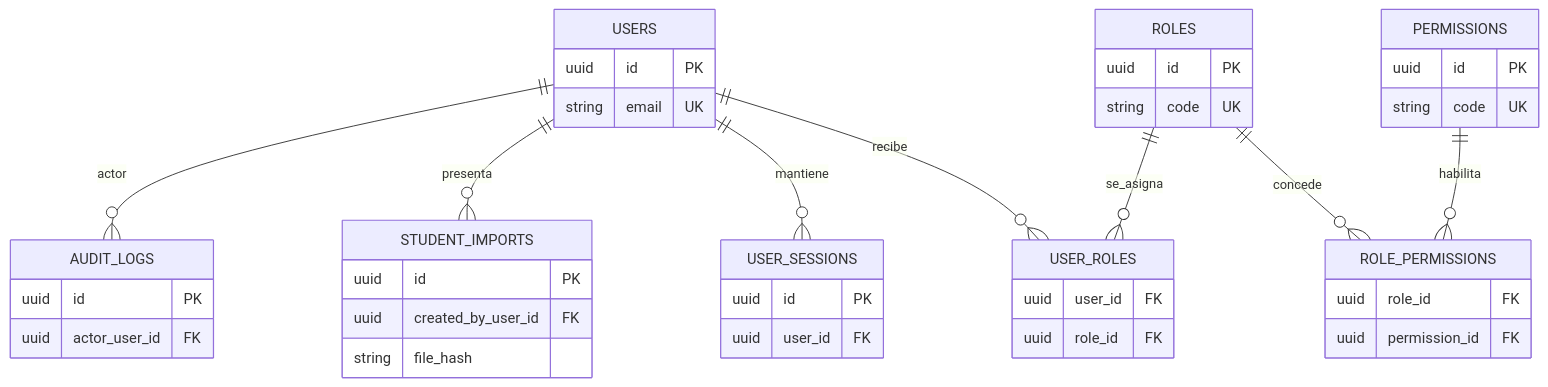
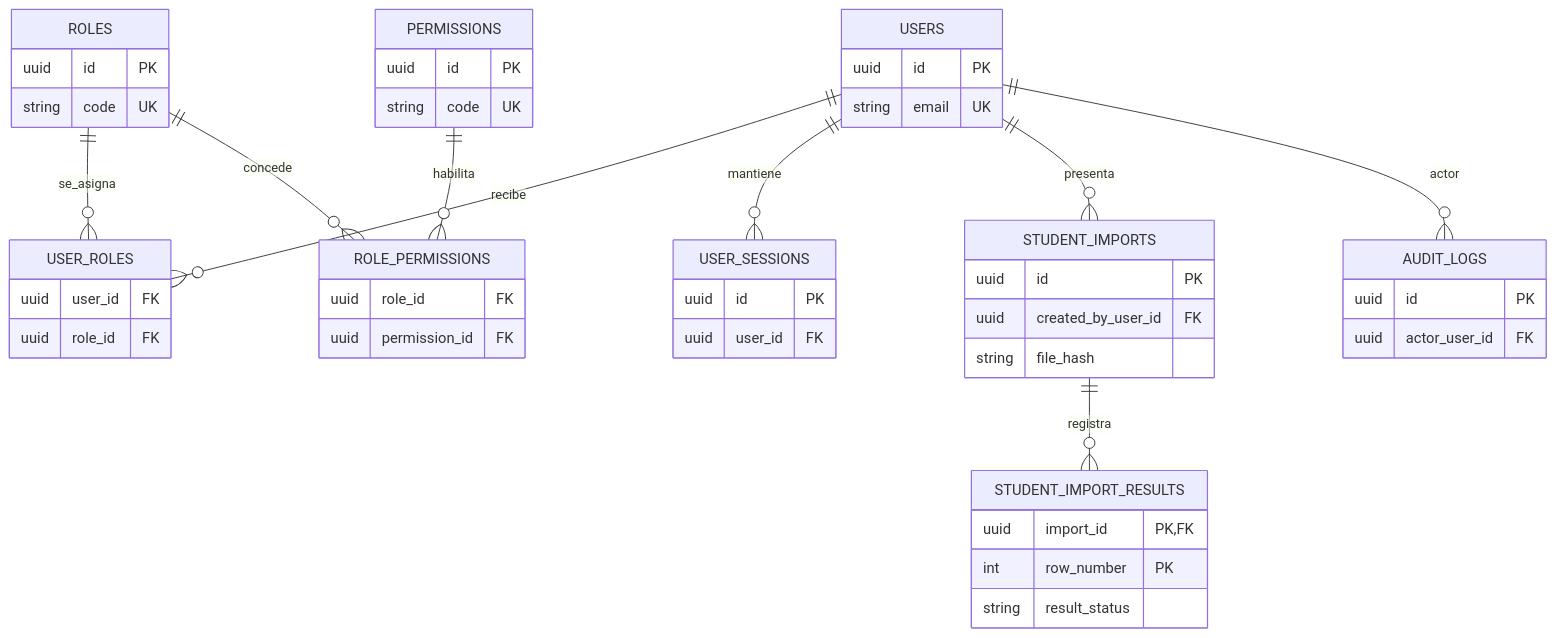
The third of 3 diagrams in docs/05-modeling/02-data-model.md (EderPanta18/academic-management-api), drawn with Mermaid before and after one commit. The commit also changed other lines of this file and 22 other files, not shown here.

````diff
--- a/docs/05-modeling/02-data-model.md
+++ b/docs/05-modeling/02-data-model.md
@@ -177,44 +181,50 @@
 ```mermaid
 erDiagram
     USERS ||--o{ USER_ROLES : recibe
     ROLES ||--o{ USER_ROLES : se_asigna
     ROLES ||--o{ ROLE_PERMISSIONS : concede
     PERMISSIONS ||--o{ ROLE_PERMISSIONS : habilita
     USERS ||--o{ USER_SESSIONS : mantiene
     USERS ||--o{ STUDENT_IMPORTS : presenta
+    STUDENT_IMPORTS ||--o{ STUDENT_IMPORT_RESULTS : registra
     USERS ||--o{ AUDIT_LOGS : actor
 
     USERS {
         uuid id PK
         string email UK
     }
     ROLES {
         uuid id PK
         string code UK
     }
     PERMISSIONS {
         uuid id PK
         string code UK
     }
     USER_ROLES {
         uuid user_id FK
         uuid role_id FK
     }
     ROLE_PERMISSIONS {
         uuid role_id FK
         uuid permission_id FK
     }
     USER_SESSIONS {
         uuid id PK
         uuid user_id FK
     }
     STUDENT_IMPORTS {
         uuid id PK
         uuid created_by_user_id FK
         string file_hash
     }
+    STUDENT_IMPORT_RESULTS {
+        uuid import_id PK,FK
+        int row_number PK
+        string result_status
+    }
     AUDIT_LOGS {
         uuid id PK
         uuid actor_user_id FK
     }
 ```
````
